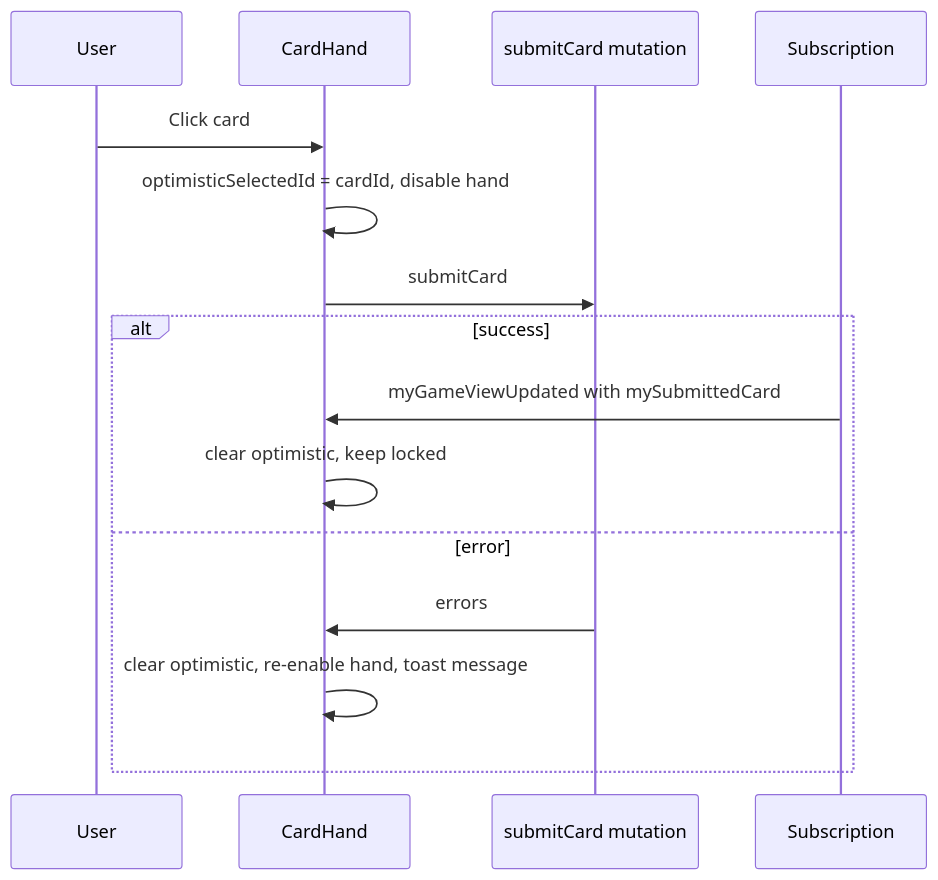
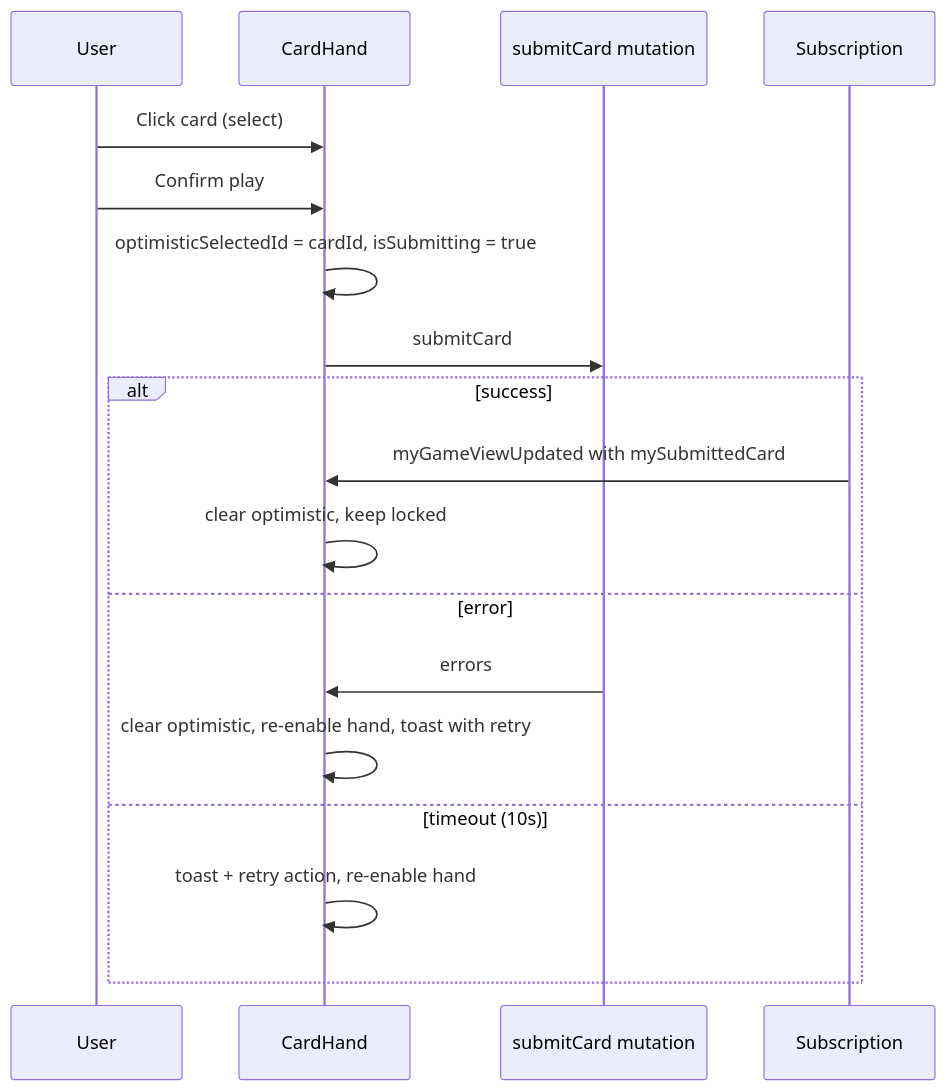
One commit to tiago4vita/6-nimmt changed the diagram in .cursor/frontend-patterns.md. Above: the diagram before and after it, drawn with Mermaid. The commit also changed other lines of this file and 38 other files, not shown here.

First line of the commit message:
Implement M6 UX audit across game HUD and submit flow.

````diff
--- a/.cursor/frontend-patterns.md
+++ b/.cursor/frontend-patterns.md
@@ -152,18 +164,21 @@
 ```mermaid
 sequenceDiagram
     participant U as User
     participant UI as CardHand
     participant M as submitCard mutation
     participant S as Subscription
 
-    U->>UI: Click card
-    UI->>UI: optimisticSelectedId = cardId, disable hand
+    U->>UI: Click card (select)
+    U->>UI: Confirm play
+    UI->>UI: optimisticSelectedId = cardId, isSubmitting = true
     UI->>M: submitCard
     alt success
         S->>UI: myGameViewUpdated with mySubmittedCard
         UI->>UI: clear optimistic, keep locked
     else error
         M->>UI: errors
-        UI->>UI: clear optimistic, re-enable hand, toast message
+        UI->>UI: clear optimistic, re-enable hand, toast with retry
+    else timeout (10s)
+        UI->>UI: toast + retry action, re-enable hand
     end
 ```
````
